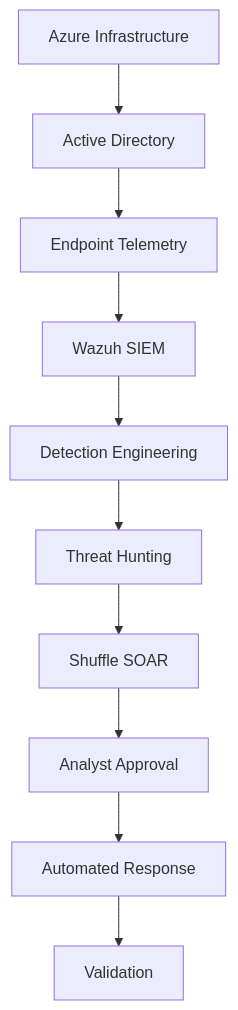
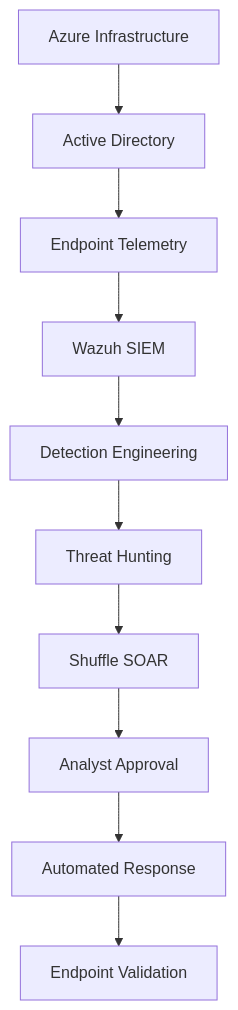
One commit to waisyrr/Enterprise-Azure-Wazuh-SIEM-SOAR-Security-Operations-Lab changed the diagram in README.md. Above: the diagram before and after it, drawn with Mermaid. The commit also changed other lines of this file, not shown here.

````diff
--- a/README.md
+++ b/README.md
@@ -39,12 +51,12 @@
 ```mermaid
 flowchart TD
     A[Azure Infrastructure] --> B[Active Directory]
     B --> C[Endpoint Telemetry]
     C --> D[Wazuh SIEM]
     D --> E[Detection Engineering]
     E --> F[Threat Hunting]
     F --> G[Shuffle SOAR]
     G --> H[Analyst Approval]
     H --> I[Automated Response]
-    I --> J[Validation]
+    I --> J[Endpoint Validation]
 ```
````
